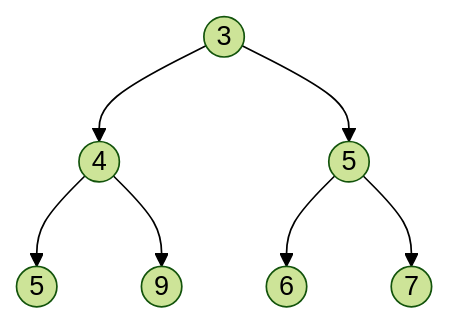
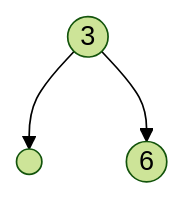
One commit to UNSA-MCC-2022/AyED_Practica_02 changed the second of 5 diagrams in README.md. Above: the diagram before and after it, drawn with Mermaid (forest theme). The commit also changed other lines of this file, not shown here.

````diff
--- a/README.md
+++ b/README.md
@@ -26,9 +56,5 @@
 ```mermaid
 graph TB
-    A((3))-->B((4))
-    A-->C((5))
-    B-->D((5))
-    B-->E((9))
-    C-->F((6))
-    C-->G((7))
+    A((3))-->B(( ))
+    A-->C((6))
 ```
````
